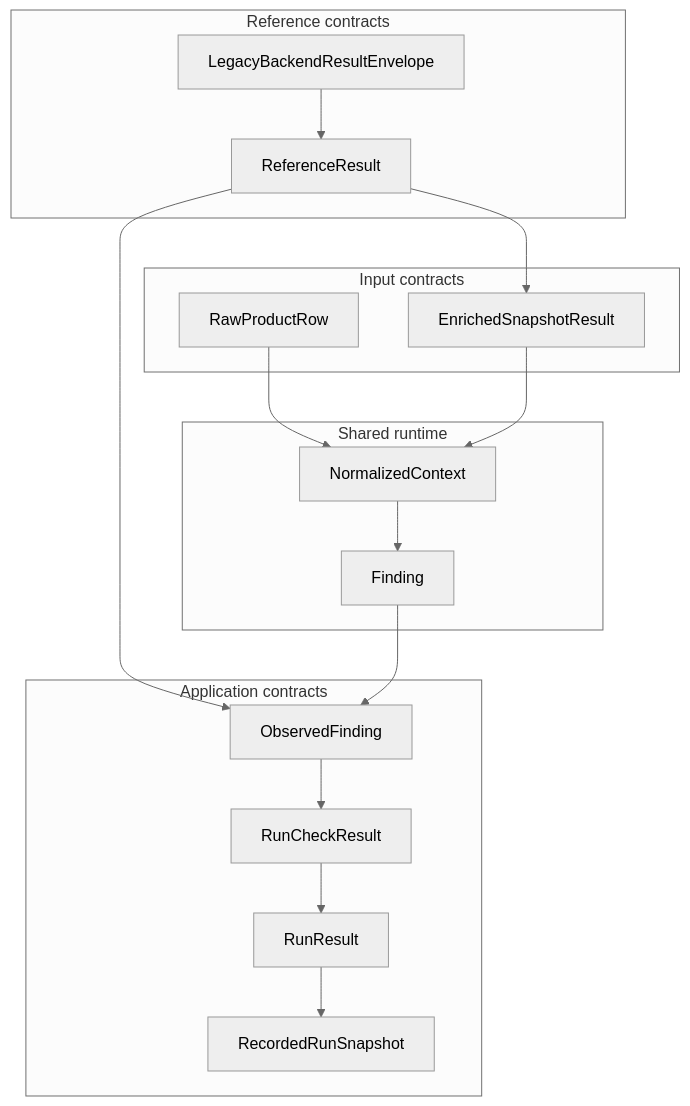
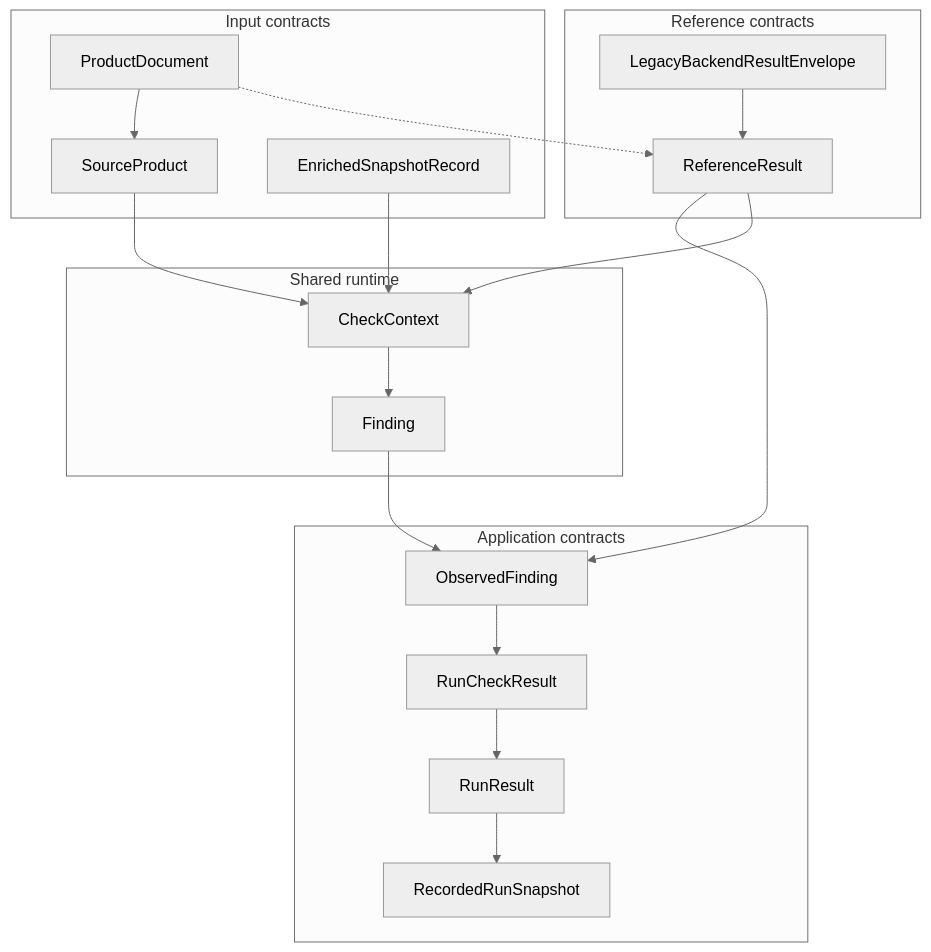
The diagram in docs/reference/data-contracts.md (bobcorn/openfoodfacts-data-quality), drawn with Mermaid (neutral theme) before and after one commit. The commit also changed other lines of this file and 142 other files, not shown here.

````diff
--- a/docs/reference/data-contracts.md
+++ b/docs/reference/data-contracts.md
@@ -9,33 +9,36 @@
 ```mermaid
 flowchart TB
     subgraph REF["Reference contracts"]
         A["LegacyBackendResultEnvelope"]
         B["ReferenceResult"]
         A --> B
     end
 
     subgraph INPUTS["Input contracts"]
-        C["RawProductRow"]
-        D["EnrichedSnapshotResult"]
+        D["SourceProduct"]
+        E["EnrichedSnapshotRecord"]
+        L["ProductDocument"]
     end
 
     subgraph RT["Shared runtime"]
-        E["NormalizedContext"]
-        F["Finding"]
-        E --> F
+        F["CheckContext"]
+        G["Finding"]
+        F --> G
     end
 
     subgraph APP["Application contracts"]
-        G["ObservedFinding"]
-        H["RunCheckResult"]
-        I["RunResult"]
-        J["RecordedRunSnapshot"]
-        G --> H --> I --> J
+        H["ObservedFinding"]
+        I["RunCheckResult"]
+        J["RunResult"]
+        K["RecordedRunSnapshot"]
+        H --> I --> J --> K
     end
 
-    B --> D
-    C --> E
-    D --> E
-    B --> G
-    F --> G
+    D --> F
+    E --> F
+    L --> D
+    L -.-> B
+    B --> H
+    B --> F
+    G --> H
 ```
````
